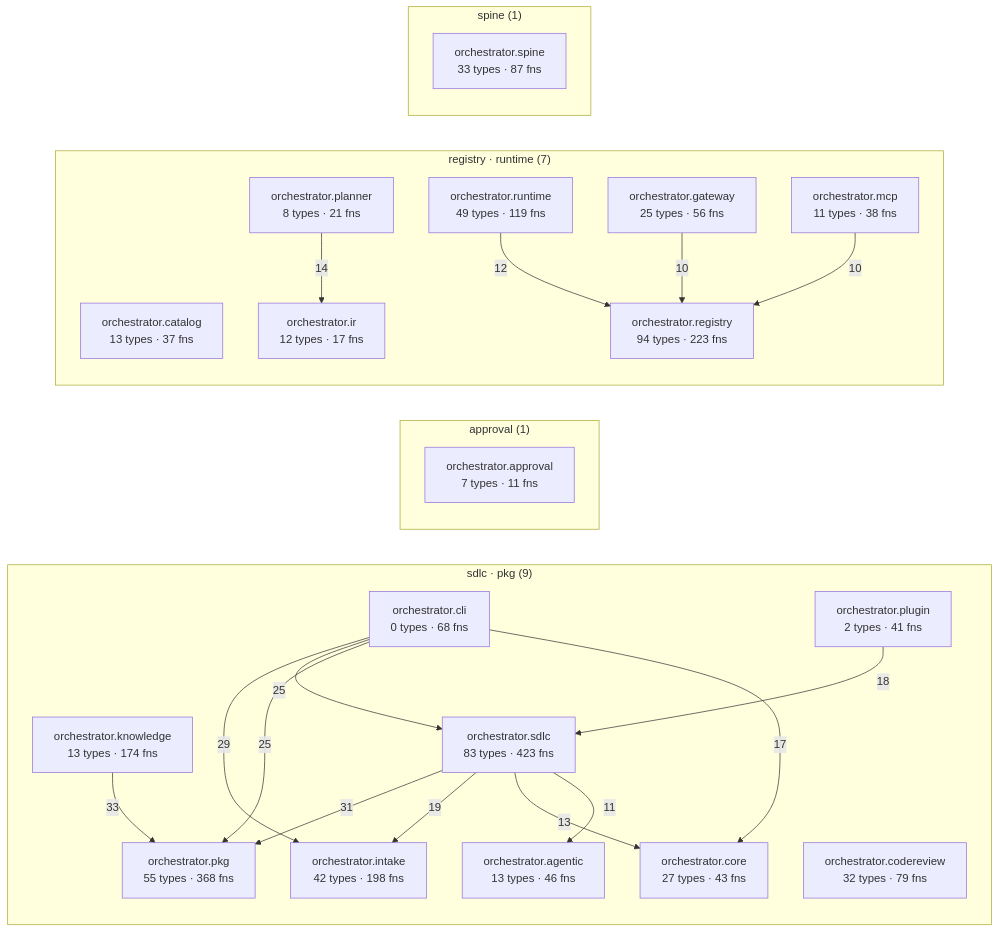
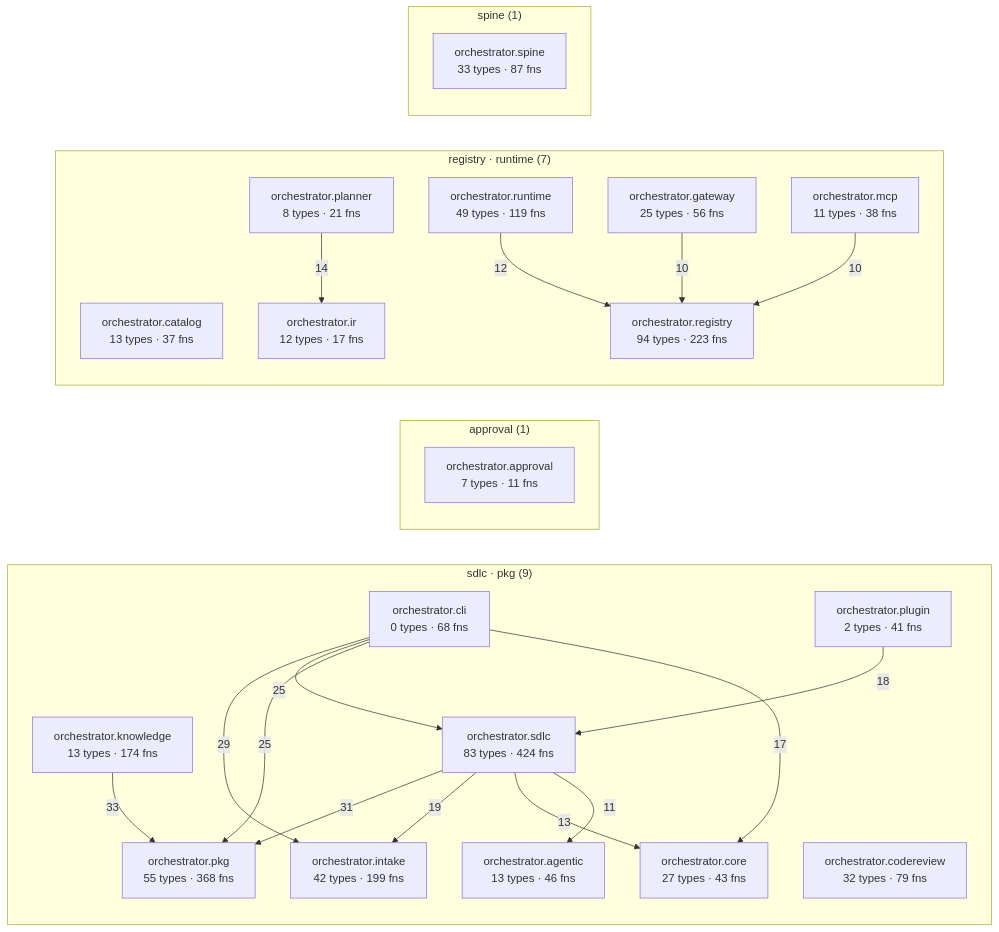
The diagram in episteme/architecture.md (synaptixs/spine), drawn with Mermaid before and after one commit. The commit also changed other lines of this file and 29 other files, not shown here.

````diff
--- a/episteme/architecture.md
+++ b/episteme/architecture.md
@@ -54,43 +54,43 @@
 ```mermaid
 flowchart LR
   subgraph c_1["sdlc · pkg (9)"]
     aorchestratoragentic["orchestrator.agentic<br/>13 types · 46 fns"]
     aorchestratorcli["orchestrator.cli<br/>0 types · 68 fns"]
     aorchestratorcodereview["orchestrator.codereview<br/>32 types · 79 fns"]
     aorchestratorcore["orchestrator.core<br/>27 types · 43 fns"]
-    aorchestratorintake["orchestrator.intake<br/>42 types · 198 fns"]
+    aorchestratorintake["orchestrator.intake<br/>42 types · 199 fns"]
     aorchestratorknowledge["orchestrator.knowledge<br/>13 types · 174 fns"]
     aorchestratorpkg["orchestrator.pkg<br/>55 types · 368 fns"]
     aorchestratorplugin["orchestrator.plugin<br/>2 types · 41 fns"]
-    aorchestratorsdlc["orchestrator.sdlc<br/>83 types · 423 fns"]
+    aorchestratorsdlc["orchestrator.sdlc<br/>83 types · 424 fns"]
   end
   subgraph c_2["approval (1)"]
     aorchestratorapproval["orchestrator.approval<br/>7 types · 11 fns"]
   end
   subgraph c_3["registry · runtime (7)"]
     aorchestratorcatalog["orchestrator.catalog<br/>13 types · 37 fns"]
     aorchestratorgateway["orchestrator.gateway<br/>25 types · 56 fns"]
     aorchestratorir["orchestrator.ir<br/>12 types · 17 fns"]
     aorchestratormcp["orchestrator.mcp<br/>11 types · 38 fns"]
     aorchestratorplanner["orchestrator.planner<br/>8 types · 21 fns"]
     aorchestratorregistry["orchestrator.registry<br/>94 types · 223 fns"]
     aorchestratorruntime["orchestrator.runtime<br/>49 types · 119 fns"]
   end
   subgraph c_10["spine (1)"]
     aorchestratorspine["orchestrator.spine<br/>33 types · 87 fns"]
   end
   aorchestratorknowledge -->|33| aorchestratorpkg
   aorchestratorsdlc -->|31| aorchestratorpkg
   aorchestratorcli -->|29| aorchestratorintake
   aorchestratorcli -->|25| aorchestratorsdlc
   aorchestratorcli -->|25| aorchestratorpkg
   aorchestratorsdlc -->|19| aorchestratorintake
   aorchestratorplugin -->|18| aorchestratorsdlc
   aorchestratorcli -->|17| aorchestratorcore
   aorchestratorplanner -->|14| aorchestratorir
   aorchestratorsdlc -->|13| aorchestratorcore
   aorchestratorruntime -->|12| aorchestratorregistry
   aorchestratorsdlc -->|11| aorchestratoragentic
   aorchestratorgateway -->|10| aorchestratorregistry
   aorchestratormcp -->|10| aorchestratorregistry
 ```
````
